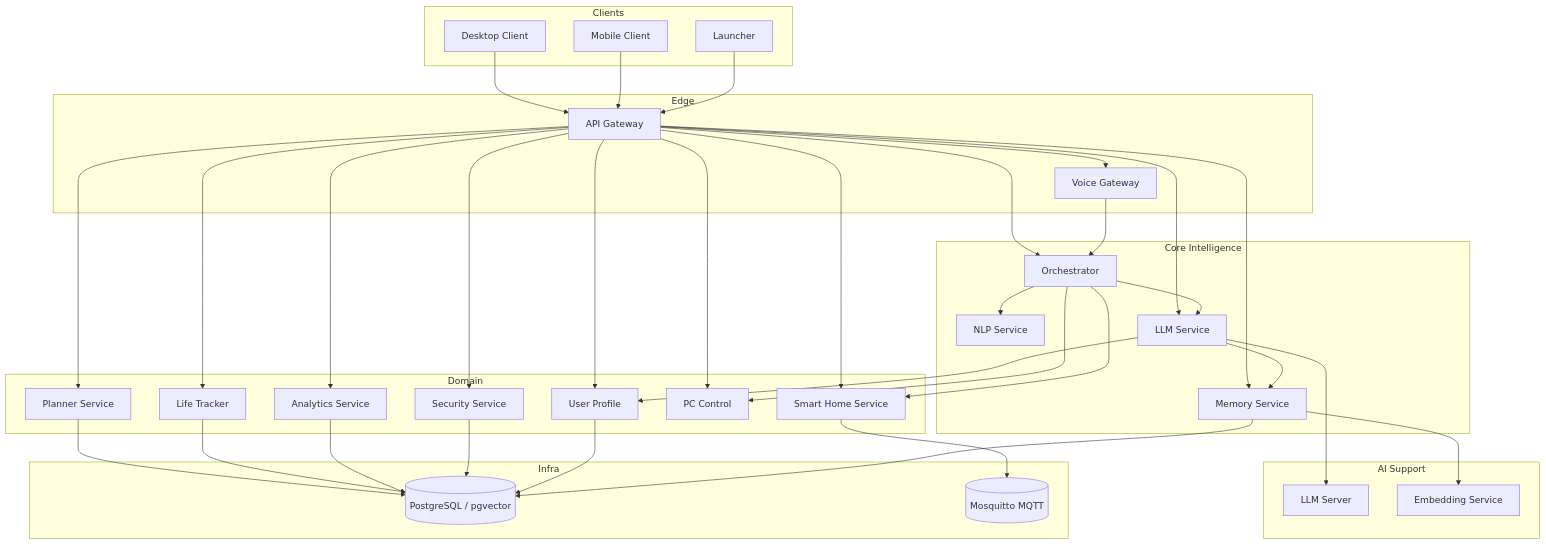
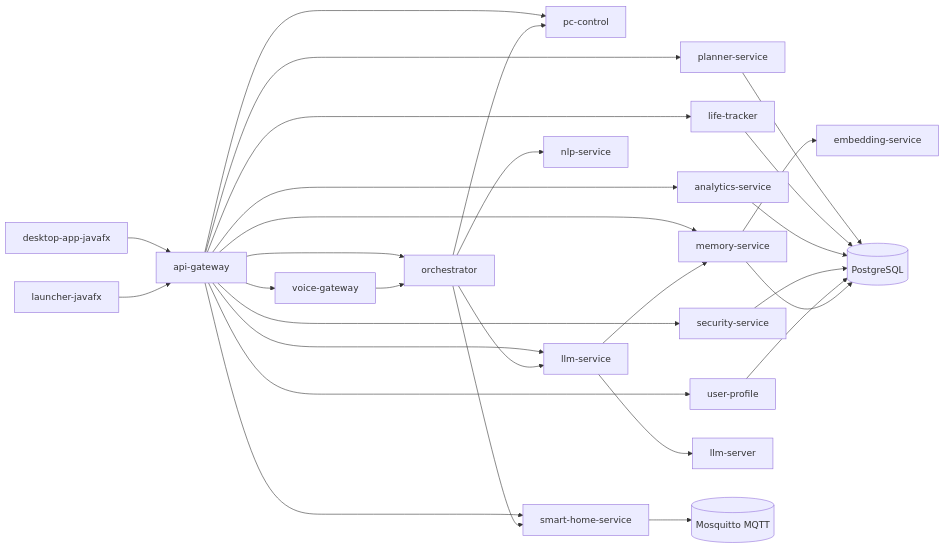
One commit to gajdukiewicz00/Jarvis2.0 changed the diagram in docs/architecture.md. Above: the diagram before and after it, drawn with Mermaid. The commit also changed other lines of this file and 71 other files, not shown here.

First line of the commit message:
Add unit tests for SystemControlService and VoiceWebSocketClient

````diff
--- a/docs/architecture.md
+++ b/docs/architecture.md
@@ -22,75 +15,34 @@
 ```mermaid
-flowchart TB
-    subgraph Clients
-        Desktop[Desktop Client]
-        Launcher[Launcher]
-        Mobile[Mobile Client]
-    end
+flowchart LR
+    Desktop[desktop-app-javafx] --> Gateway[api-gateway]
+    Launcher[launcher-javafx] --> Gateway
 
-    subgraph Edge
-        APIGW[API Gateway]
-        VoiceGW[Voice Gateway]
-    end
+    Gateway --> Voice[voice-gateway]
+    Gateway --> Security[security-service]
+    Gateway --> Orchestrator[orchestrator]
+    Gateway --> Planner[planner-service]
+    Gateway --> Life[life-tracker]
+    Gateway --> Analytics[analytics-service]
+    Gateway --> Profile[user-profile]
+    Gateway --> Pc[pc-control]
+    Gateway --> Home[smart-home-service]
+    Gateway --> Llm[llm-service]
+    Gateway --> Memory[memory-service]
 
-    subgraph Core Intelligence
-        NLP[NLP Service]
-        ORCH[Orchestrator]
-        LLM[LLM Service]
-        MEM[Memory Service]
-    end
+    Voice --> Orchestrator
+    Orchestrator --> Nlp[nlp-service]
+    Orchestrator --> Pc
+    Orchestrator --> Home
+    Orchestrator --> Llm
 
-    subgraph Domain
-        SEC[Security Service]
-        PROFILE[User Profile]
-        PLAN[Planner Service]
-        LIFE[Life Tracker]
-        ANALYTICS[Analytics Service]
-        PC[PC Control]
-        HOME[Smart Home Service]
-    end
-
-    subgraph AI Support
-        LLMSRV[LLM Server]
-        EMB[Embedding Service]
-    end
-
-    subgraph Infra
-        PG[(PostgreSQL / pgvector)]
-        MQTT[(Mosquitto MQTT)]
-    end
-
-    Desktop --> APIGW
-    Mobile --> APIGW
-    Launcher --> APIGW
-
-    APIGW --> VoiceGW
-    APIGW --> SEC
-    APIGW --> ORCH
-    APIGW --> PLAN
-    APIGW --> LIFE
-    APIGW --> ANALYTICS
-    APIGW --> PROFILE
-    APIGW --> PC
-    APIGW --> HOME
-    APIGW --> LLM
-    APIGW --> MEM
-
-    VoiceGW --> ORCH
-    ORCH --> NLP
-    ORCH --> PC
-    ORCH --> HOME
-    ORCH --> LLM
-
-    LLM --> LLMSRV
-    LLM --> MEM
-    LLM --> PROFILE
-    MEM --> EMB
-
-    PLAN --> PG
-    LIFE --> PG
-    ANALYTICS --> PG
-    SEC --> PG
-    PROFILE --> PG
-    MEM --> PG
-    HOME --> MQTT
+    Llm --> LlmServer[llm-server]
+    Llm --> Memory
+    Memory --> Embedding[embedding-service]
+    Planner --> Pg[(PostgreSQL)]
+    Life --> Pg
+    Analytics --> Pg
+    Security --> Pg
+    Profile --> Pg
+    Memory --> Pg
+    Home --> Mqtt[(Mosquitto MQTT)]
 ```
````
